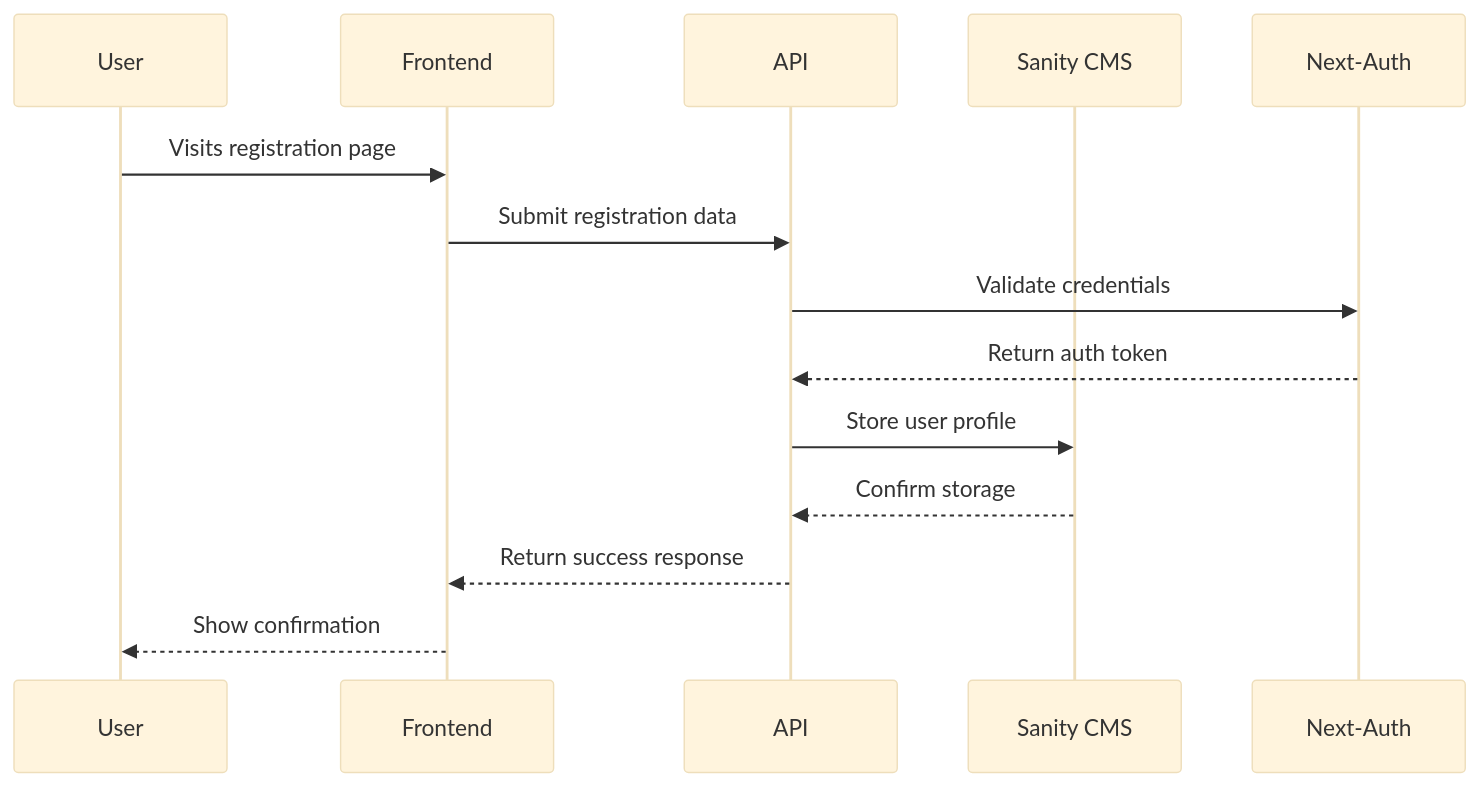
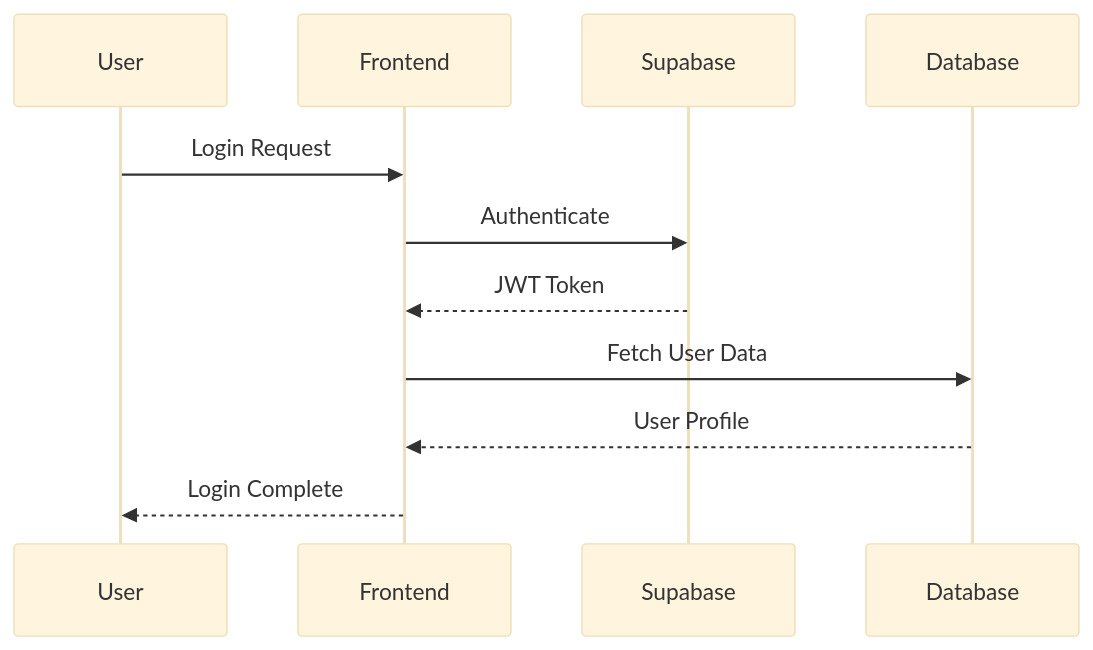
Before and after one commit to Zain-Ul-Abideen00/premium-lifestyle-footwear-marketplace: the second of 4 diagrams in Day2/Detailed Documentation/02-System_Architecture.md, drawn with Mermaid (base theme). The commit also changed other lines of this file and 21 other files, not shown here.

````diff
--- a/Day2/Detailed Documentation/02-System_Architecture.md
+++ b/Day2/Detailed Documentation/02-System_Architecture.md
@@ -66,17 +134,14 @@
-   ```mermaid
-   sequenceDiagram
-       participant U as User
-       participant F as Frontend
-       participant A as API
-       participant S as Sanity CMS
-       participant Auth as Next-Auth
+```mermaid
+sequenceDiagram
+    participant User
+    participant Frontend
+    participant Supabase
+    participant Database
 
-       U->>F: Visits registration page
-       F->>A: Submit registration data
-       A->>Auth: Validate credentials
-       Auth-->>A: Return auth token
-       A->>S: Store user profile
-       S-->>A: Confirm storage
-       A-->>F: Return success response
-       F-->>U: Show confirmation
-   ```
+    User->>Frontend: Login Request
+    Frontend->>Supabase: Authenticate
+    Supabase-->>Frontend: JWT Token
+    Frontend->>Database: Fetch User Data
+    Database-->>Frontend: User Profile
+    Frontend-->>User: Login Complete
+```
````
